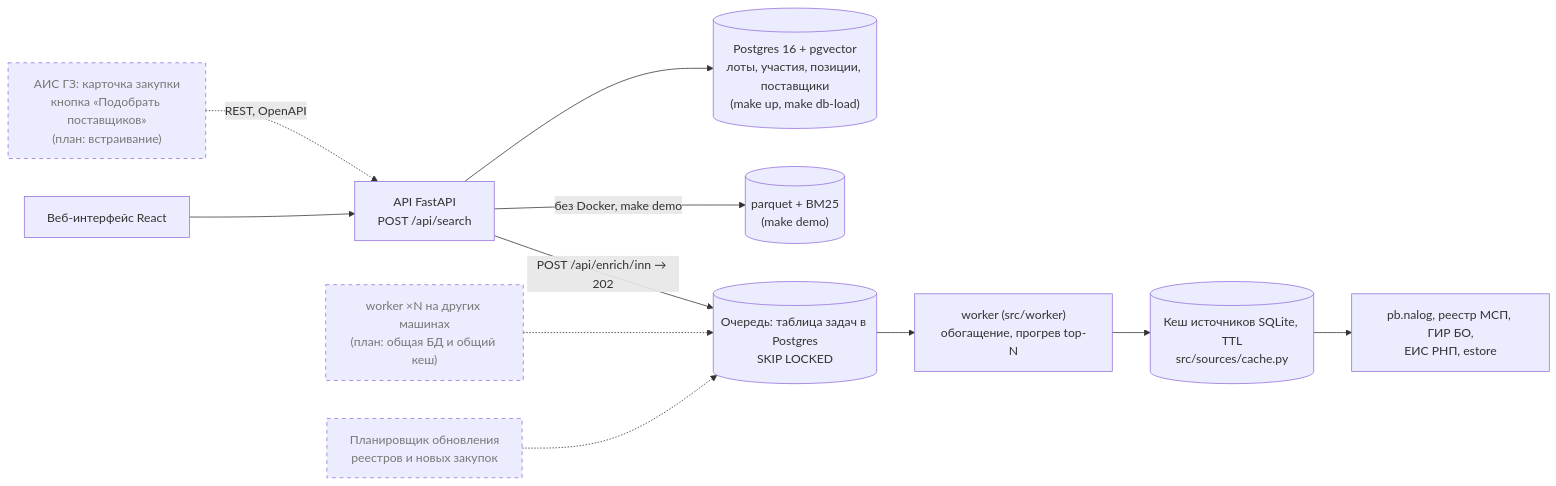
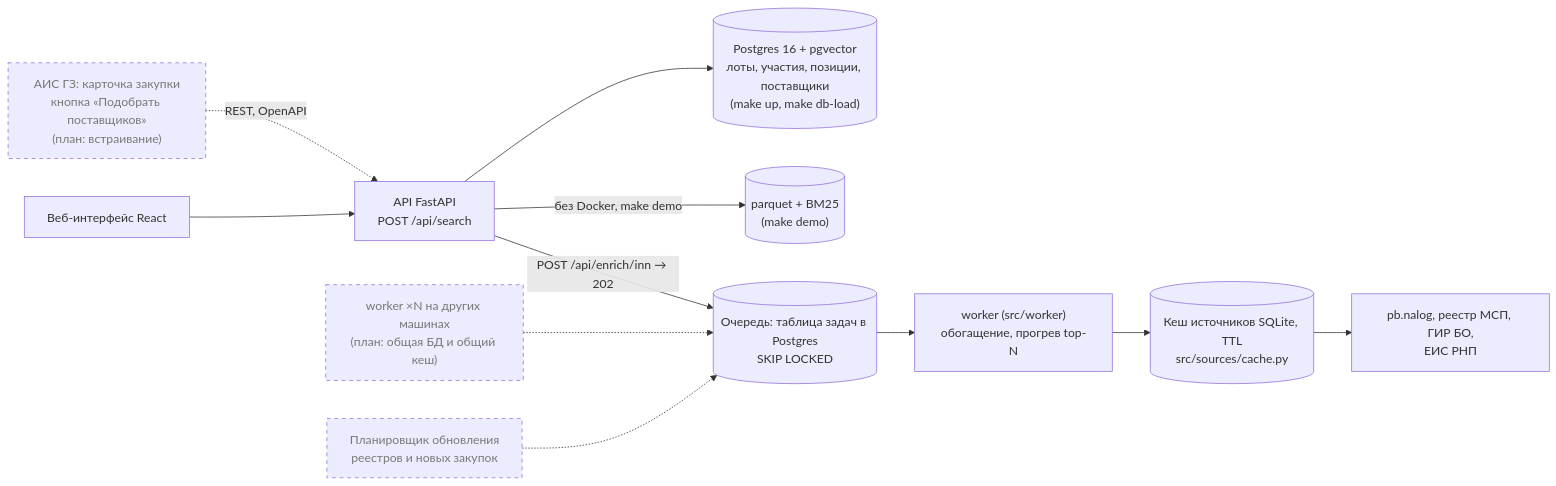
Before and after one commit to Chichetin/rlt-hackathonchik: the diagram in pitch/architecture.md, drawn with Mermaid. The commit also changed 10 other files, not shown here.

````diff
--- a/pitch/architecture.md
+++ b/pitch/architecture.md
@@ -10,14 +10,14 @@
 ```mermaid
 flowchart LR
   AIS["АИС ГЗ: карточка закупки\nкнопка «Подобрать поставщиков»\n(план: встраивание)"]:::plan -.->|REST, OpenAPI| API
   UI[Веб-интерфейс React] --> API[API FastAPI\nPOST /api/search]
   API --> STORE[("Postgres 16 + pgvector\nлоты, участия, позиции, поставщики\n(make up, make db-load)")]
   API -->|без Docker, make demo| PQ[("parquet + BM25\n(make demo)")]
   API -->|POST /api/enrich/inn → 202| Q[("Очередь: таблица задач в Postgres\nSKIP LOCKED")]
   Q --> W["worker (src/worker)\nобогащение, прогрев top-N"]
   W --> C[("Кеш источников SQLite, TTL\nsrc/sources/cache.py")]
-  C --> SRC["pb.nalog, реестр МСП, ГИР БО,\nЕИС РНП, estore"]
+  C --> SRC["pb.nalog, реестр МСП, ГИР БО,\nЕИС РНП"]
   W2["worker ×N на других машинах\n(план: общая БД и общий кеш)"]:::plan -.-> Q
   SCHED["Планировщик обновления\nреестров и новых закупок"]:::plan -.-> Q
   classDef plan stroke-dasharray: 5 5,color:#777
 ```
````
